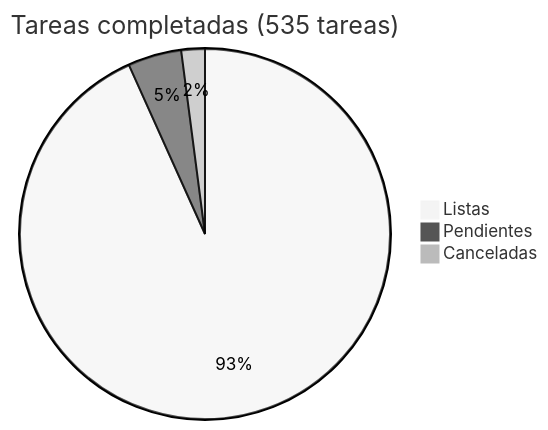
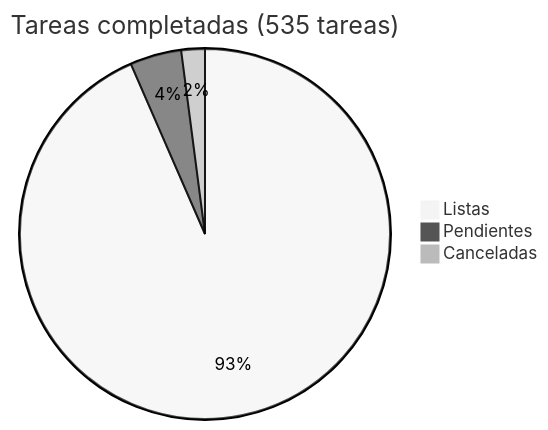
The diagram in docs/roadmap/README.md (araguaney-org/araguaney), drawn with Mermaid (neutral theme) before and after one commit. The commit also changed other lines of this file and 28 other files, not shown here.

````diff
--- a/docs/roadmap/README.md
+++ b/docs/roadmap/README.md
@@ -5,6 +5,6 @@
 ```mermaid
 pie title Tareas completadas (535 tareas)
-    "Listas" : 499
-    "Pendientes" : 25
+    "Listas" : 500
+    "Pendientes" : 24
     "Canceladas" : 11
 ```
````
